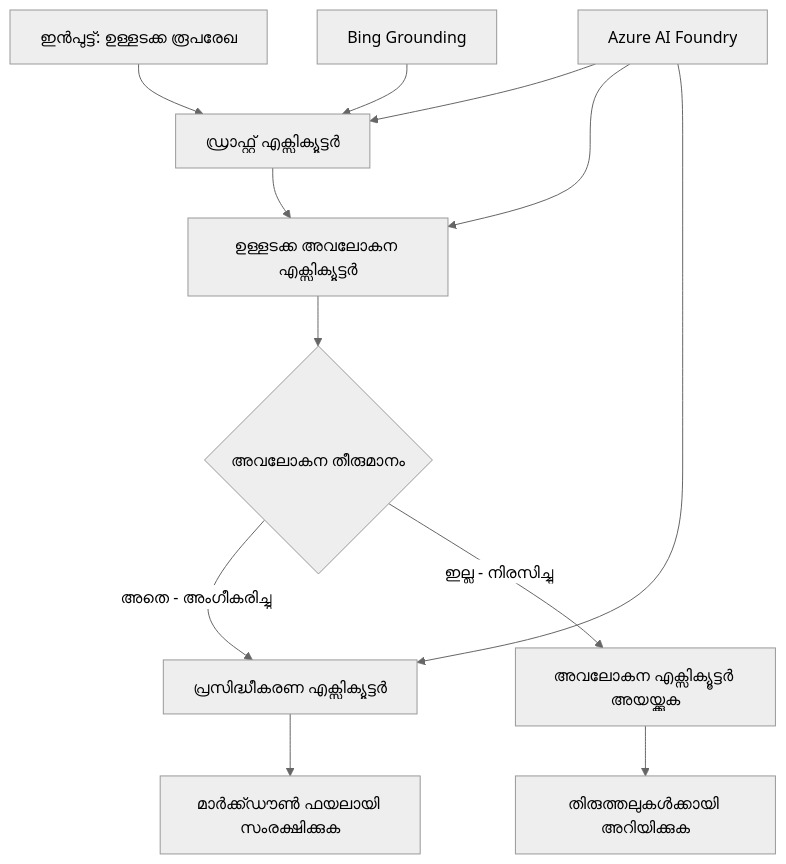
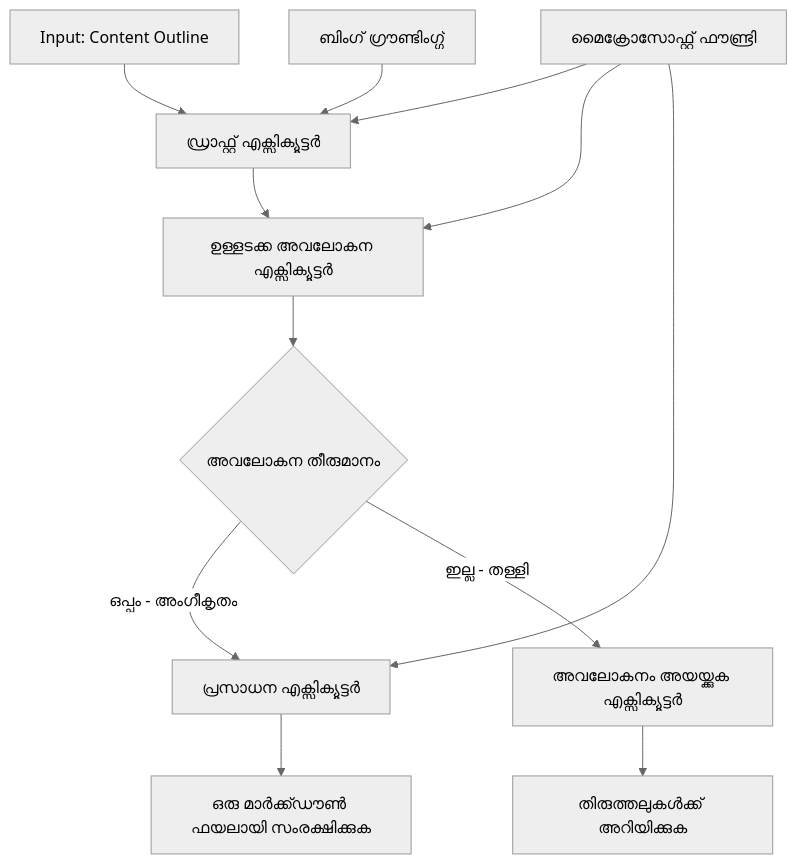
Before and after one commit to microsoft/ai-agents-for-beginners: the diagram in translations/ml/08-multi-agent/code_samples/workflows-agent-framework/dotNET/04.dotnet-agent-framework-workflow-aifoundry-condition.md, drawn with Mermaid (neutral theme). The commit also changed other lines of this file and 224 other files, not shown here.

````diff
--- a/translations/ml/08-multi-agent/code_samples/workflows-agent-framework/dotNET/04.dotnet-agent-framework-workflow-aifoundry-condition.md
+++ b/translations/ml/08-multi-agent/code_samples/workflows-agent-framework/dotNET/04.dotnet-agent-framework-workflow-aifoundry-condition.md
@@ -78,18 +78,18 @@
 ```mermaid
 graph TD
-    A[ഇൻപുട്ട്: ഉള്ളടക്ക രൂപരേഖ] --> B[ഡ്രാഫ്റ്റ് എക്സിക്യൂട്ടർ]
+    A[Input: Content Outline] --> B[ഡ്രാഫ്റ്റ് എക്സിക്യൂട്ടർ]
     B --> C[ഉള്ളടക്ക അവലോകന എക്സിക്യൂട്ടർ]
     C --> D{അവലോകന തീരുമാനം}
     
-    D -->|അതെ - അംഗീകരിച്ചു| E[പ്രസിദ്ധീകരണ എക്സിക്യൂട്ടർ]
-    D -->|ഇല്ല - നിരസിച്ചു| F[അവലോകന എക്സിക്യൂട്ടർ അയയ്ക്കുക]
+    D -->|ഒപ്പം - അംഗീകൃതം| E[പ്രസാധന എക്സിക്യൂട്ടർ]
+    D -->|ഇല്ല - തള്ളി| F[അവലോകനം അയയ്ക്കുക എക്സിക്യൂട്ടർ]
     
-    E --> G[മാർക്ക്ഡൗൺ ഫയലായി സംരക്ഷിക്കുക]
-    F --> H[തിരുത്തലുകൾക്കായി അറിയിക്കുക]
+    E --> G[ഒരു മാർക്ക്ഡൗൺ ഫയലായി സംരക്ഷിക്കുക]
+    F --> H[തിരുത്തലുകൾക്ക് അറിയിക്കുക]
     
-    I[Azure AI Foundry] --> B
+    I[മൈക്രോസോഫ്റ്റ് ഫൗണ്ട്രി] --> B
     I --> C
     I --> E
     
-    J[Bing Grounding] --> B
+    J[ബിംഗ് ഗ്രൗണ്ടിംഗ്ഗ്] --> B
 ```
````
